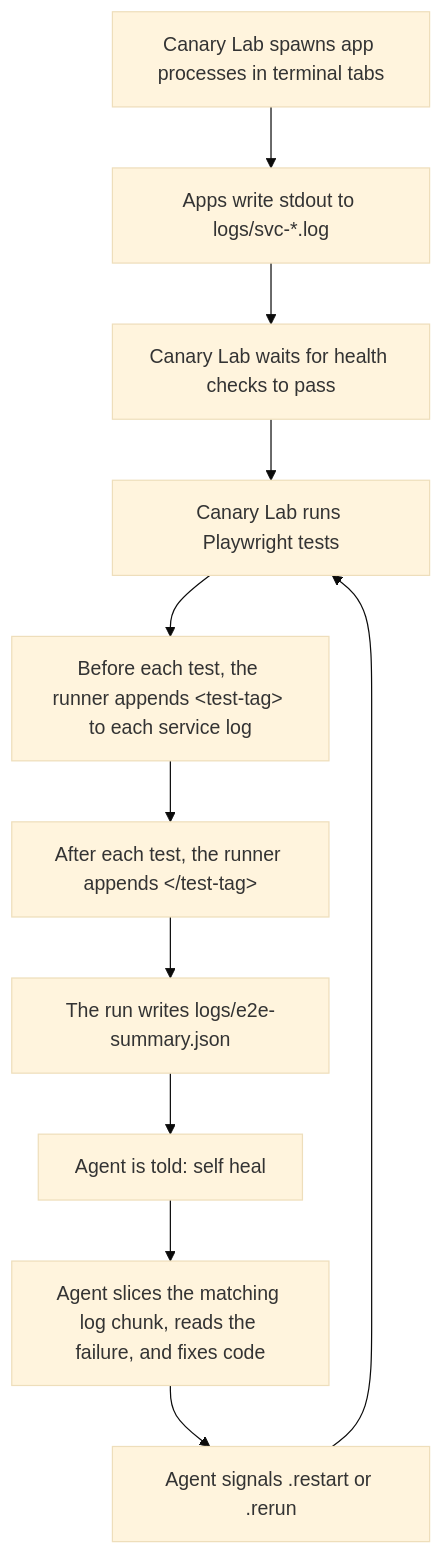
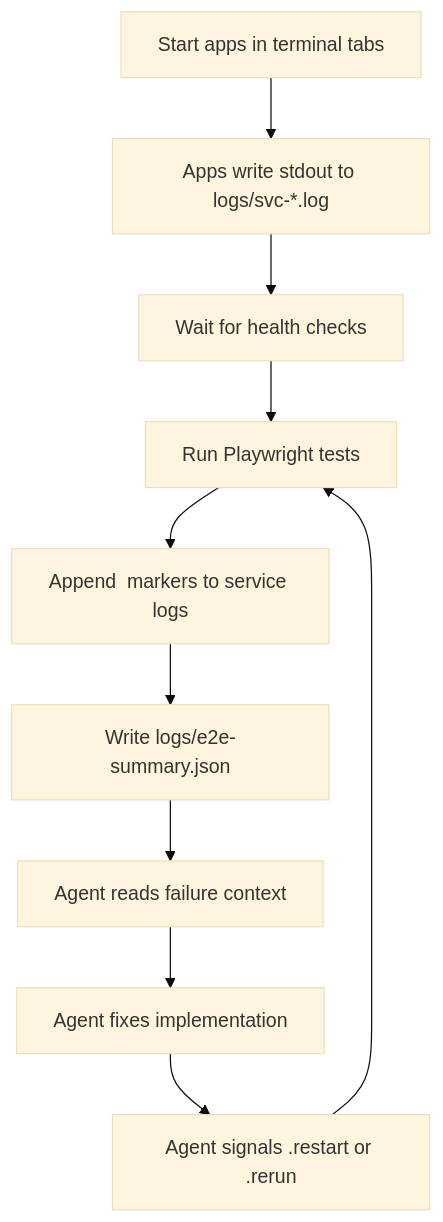
The diagram in README.md (ferterahadi/canary-lab), drawn with Mermaid (base theme) before and after one commit. The commit also changed other lines of this file and 6 other files, not shown here.

````diff
--- a/README.md
+++ b/README.md
@@ -197,13 +110,12 @@
 ```mermaid
 flowchart TD
-    A["Canary Lab spawns app processes in terminal tabs"] --> B["Apps write stdout to logs/svc-*.log"]
-    B --> C["Canary Lab waits for health checks to pass"]
-    C --> D["Canary Lab runs Playwright tests"]
-    D --> E["Before each test, the runner appends &lt;test-tag&gt; to each service log"]
-    E --> F["After each test, the runner appends &lt;/test-tag&gt;"]
-    F --> G["The run writes logs/e2e-summary.json"]
-    G --> H["Agent is told: self heal"]
-    H --> I["Agent slices the matching log chunk, reads the failure, and fixes code"]
-    I --> J["Agent signals .restart or .rerun"]
-    J --> D
+    A["Start apps in terminal tabs"] --> B["Apps write stdout to logs/svc-*.log"]
+    B --> C["Wait for health checks"]
+    C --> D["Run Playwright tests"]
+    D --> E["Append <test-tag> markers to service logs"]
+    E --> F["Write logs/e2e-summary.json"]
+    F --> G["Agent reads failure context"]
+    G --> H["Agent fixes implementation"]
+    H --> I["Agent signals .restart or .rerun"]
+    I --> D
 ```
````
